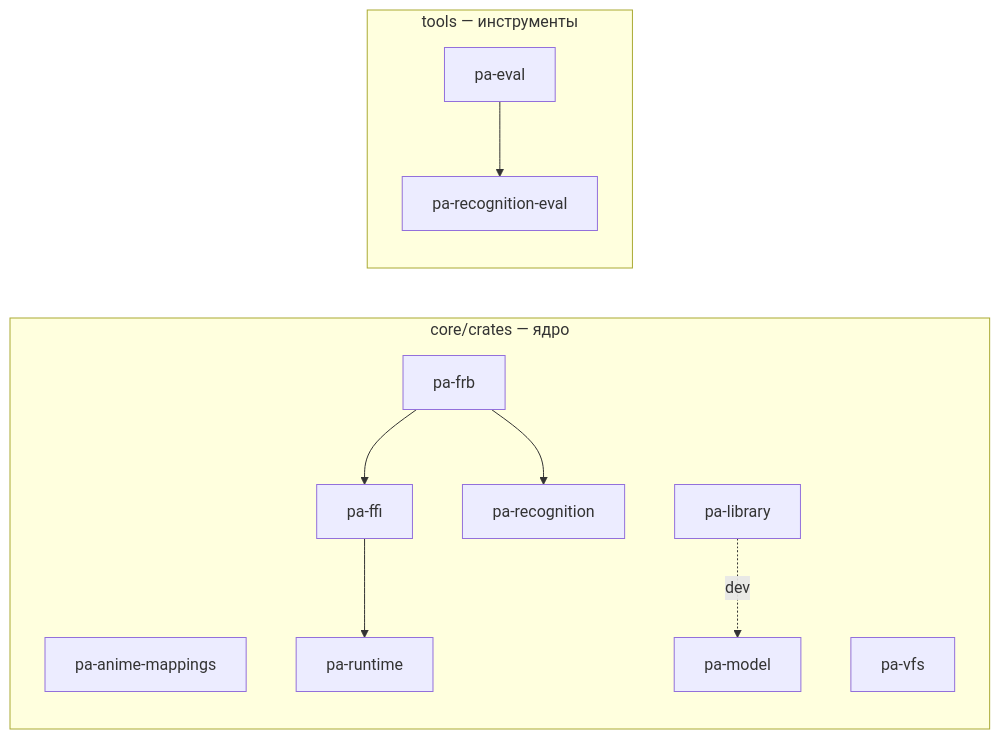
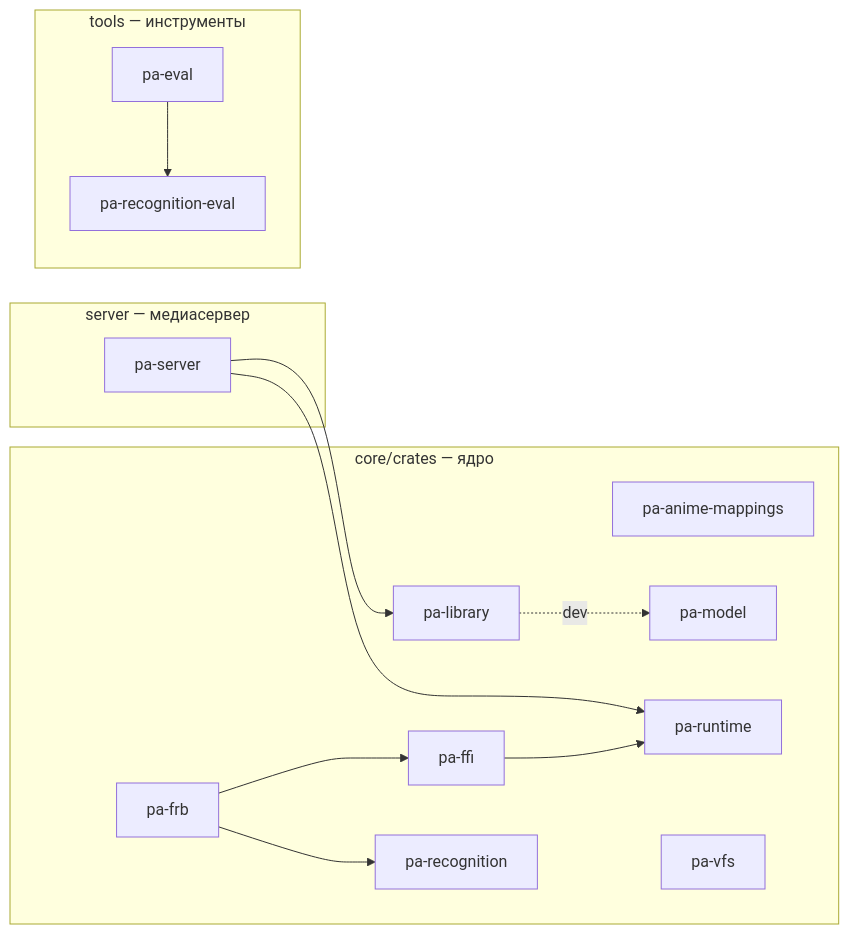
One commit to DenisHumen/project_alpha changed the diagram in docs/dev/crate-graph.md. Above: the diagram before and after it, drawn with Mermaid. The commit also changed other lines of this file, not shown here.

Commit message:
docs(dev): regenerate crate graph with pa-server [SRV-001]

````diff
--- a/docs/dev/crate-graph.md
+++ b/docs/dev/crate-graph.md
@@ -12,22 +12,27 @@
 ```mermaid
 flowchart LR
   subgraph g0["core/crates — ядро"]
     pa_anime_mappings["pa-anime-mappings"]
     pa_ffi["pa-ffi"]
     pa_frb["pa-frb"]
     pa_library["pa-library"]
     pa_model["pa-model"]
     pa_recognition["pa-recognition"]
     pa_runtime["pa-runtime"]
     pa_vfs["pa-vfs"]
   end
-  subgraph g1["tools — инструменты"]
+  subgraph g1["server — медиасервер"]
+    pa_server["pa-server"]
+  end
+  subgraph g2["tools — инструменты"]
     pa_eval["pa-eval"]
     pa_recognition_eval["pa-recognition-eval"]
   end
   pa_eval --> pa_recognition_eval
   pa_ffi --> pa_runtime
   pa_frb --> pa_ffi
   pa_frb --> pa_recognition
   pa_library -. dev .-> pa_model
+  pa_server --> pa_library
+  pa_server --> pa_runtime
 ```
````
